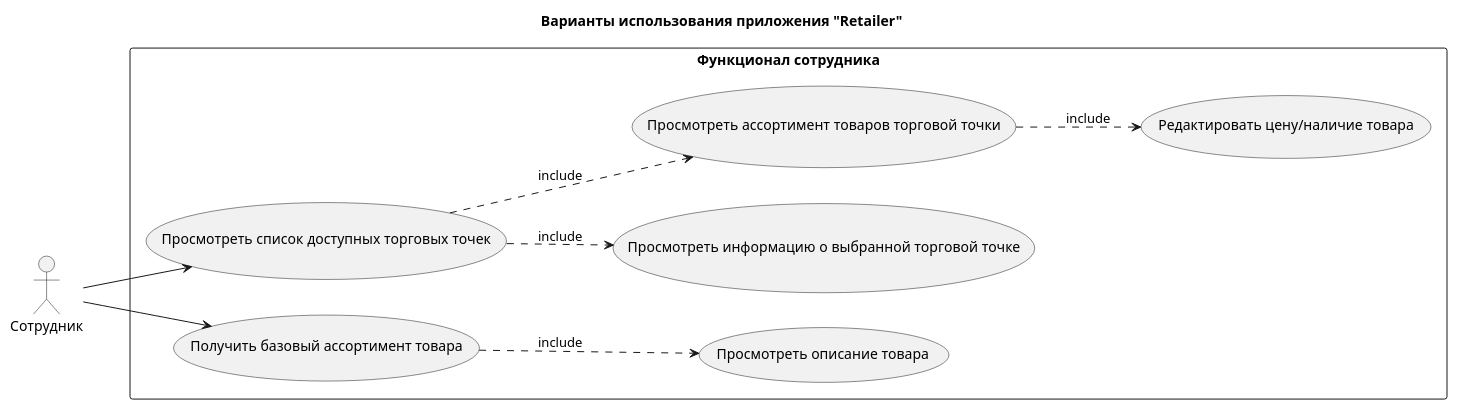
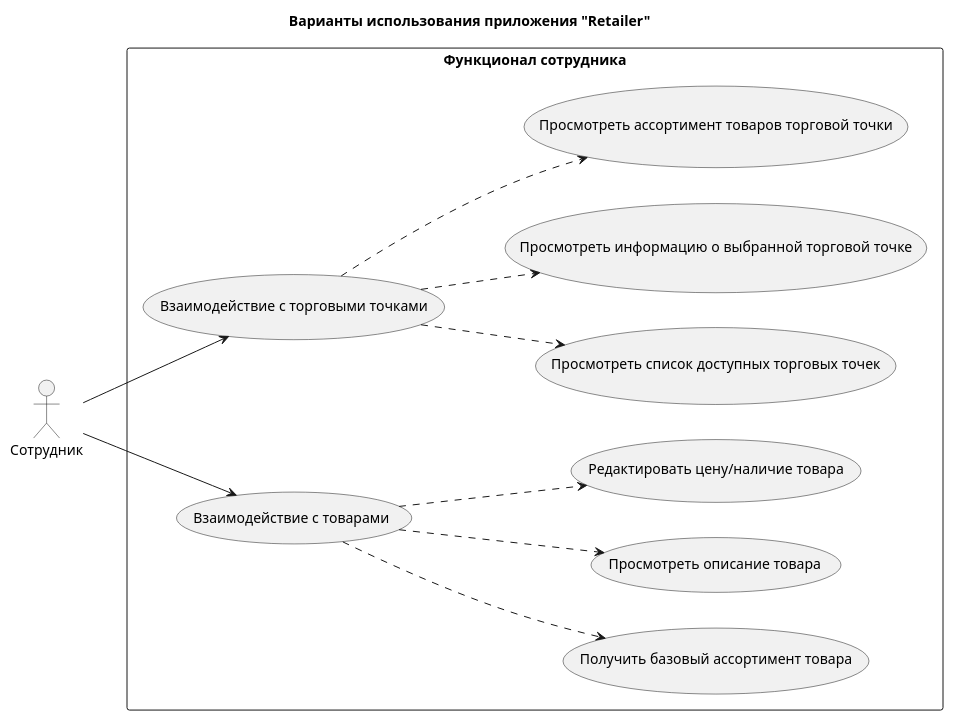
Before and after one commit to ivaaahn/retailer: the diagram in docs/usecase-staff.puml, drawn with PlantUML. The commit also changed 24 other files, not shown here.

```diff
--- a/docs/usecase-staff.puml
+++ b/docs/usecase-staff.puml
@@ -1,28 +1,30 @@
 @startuml "Retailer"
 
 title Варианты использования приложения "Retailer"
 
 left to right direction
 
 actor :Сотрудник: as Staff
 
 rectangle "Функционал сотрудника" {
+    usecase "Взаимодействие с торговыми точками" as Shop
     usecase "Просмотреть список доступных торговых точек" as StaffShopList
     usecase "Просмотреть информацию о выбранной торговой точке" as StaffShopInfo
     usecase "Просмотреть ассортимент товаров торговой точки" as StaffShopProductsInfo
+
+    usecase "Взаимодействие с товарами" as Product
     usecase "Получить базовый ассортимент товара" as StaffProductListInfo
     usecase "Просмотреть описание товара" as StaffProductInfo
     usecase "Редактировать цену/наличие товара" as StaffProductEdit
 }
 
-Staff --> StaffShopList
-StaffShopList ..> StaffShopInfo : include
-StaffShopList ..> StaffShopProductsInfo : include
+Staff --> Shop
+Shop ..> StaffShopList
+Shop ..> StaffShopInfo
+Shop ..> StaffShopProductsInfo
 
-Staff --> StaffProductListInfo
-StaffProductListInfo ..> StaffProductInfo : include
-
-StaffShopProductsInfo ..> StaffProductEdit : include
-
-
+Staff --> Product
+Product ..> StaffProductListInfo
+Product ..> StaffProductInfo
+Product ..> StaffProductEdit
 @enduml
```
